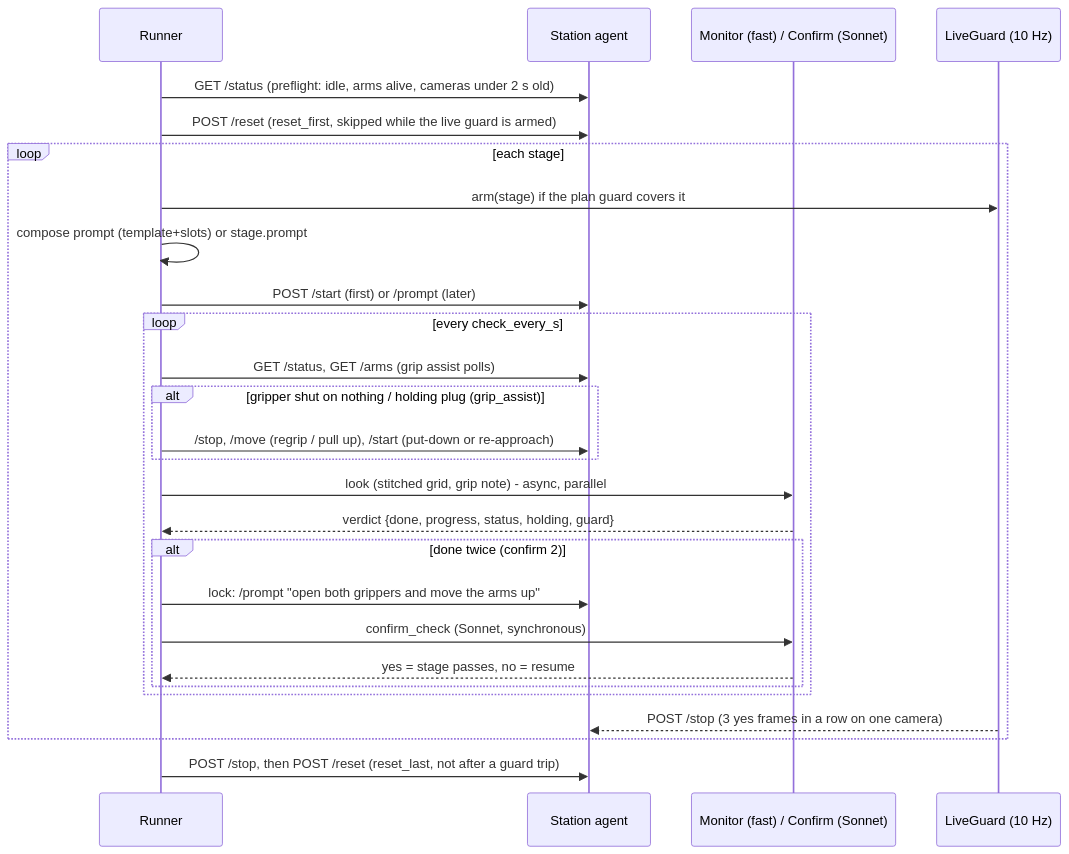
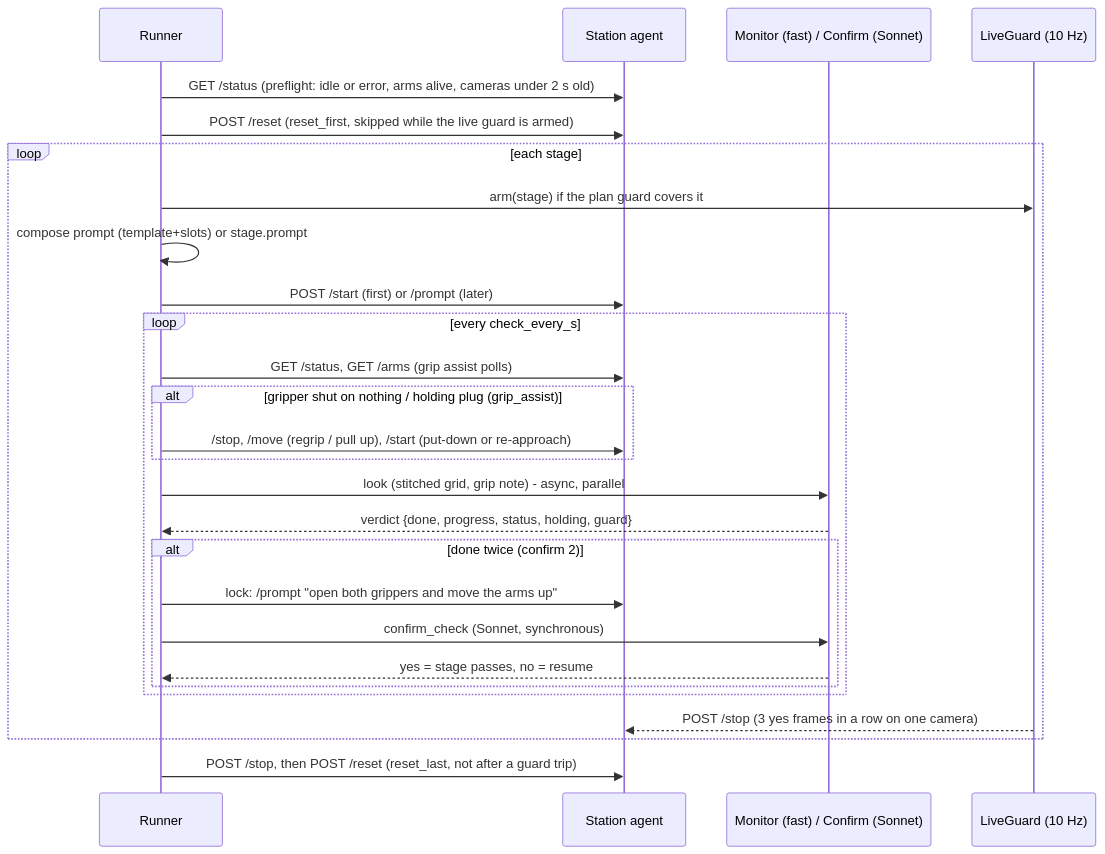
Before and after one commit to darshp848/hill-climb-harness: the second of 2 diagrams in docs/report/03_harness_architecture.md, drawn with Mermaid. The commit also changed other lines of this file and 14 other files, not shown here.

````diff
--- a/docs/report/03_harness_architecture.md
+++ b/docs/report/03_harness_architecture.md
@@ -77,29 +77,29 @@
 ```mermaid
 sequenceDiagram
     participant H as Runner
     participant S as Station agent
     participant M as Monitor (fast) / Confirm (Sonnet)
     participant G as LiveGuard (10 Hz)
-    H->>S: GET /status (preflight: idle, arms alive, cameras under 2 s old)
+    H->>S: GET /status (preflight: idle or error, arms alive, cameras under 2 s old)
     H->>S: POST /reset (reset_first, skipped while the live guard is armed)
     loop each stage
       H->>G: arm(stage) if the plan guard covers it
       H->>H: compose prompt (template+slots) or stage.prompt
       H->>S: POST /start (first) or /prompt (later)
       loop every check_every_s
         H->>S: GET /status, GET /arms (grip assist polls)
         alt gripper shut on nothing / holding plug (grip_assist)
           H->>S: /stop, /move (regrip / pull up), /start (put-down or re-approach)
         end
         H->>M: look (stitched grid, grip note) - async, parallel
         M-->>H: verdict {done, progress, status, holding, guard}
         alt done twice (confirm 2)
           H->>S: lock: /prompt "open both grippers and move the arms up"
           H->>M: confirm_check (Sonnet, synchronous)
           M-->>H: yes = stage passes, no = resume
         end
       end
       G-->>S: POST /stop (3 yes frames in a row on one camera)
     end
     H->>S: POST /stop, then POST /reset (reset_last, not after a guard trip)
 ```
````
